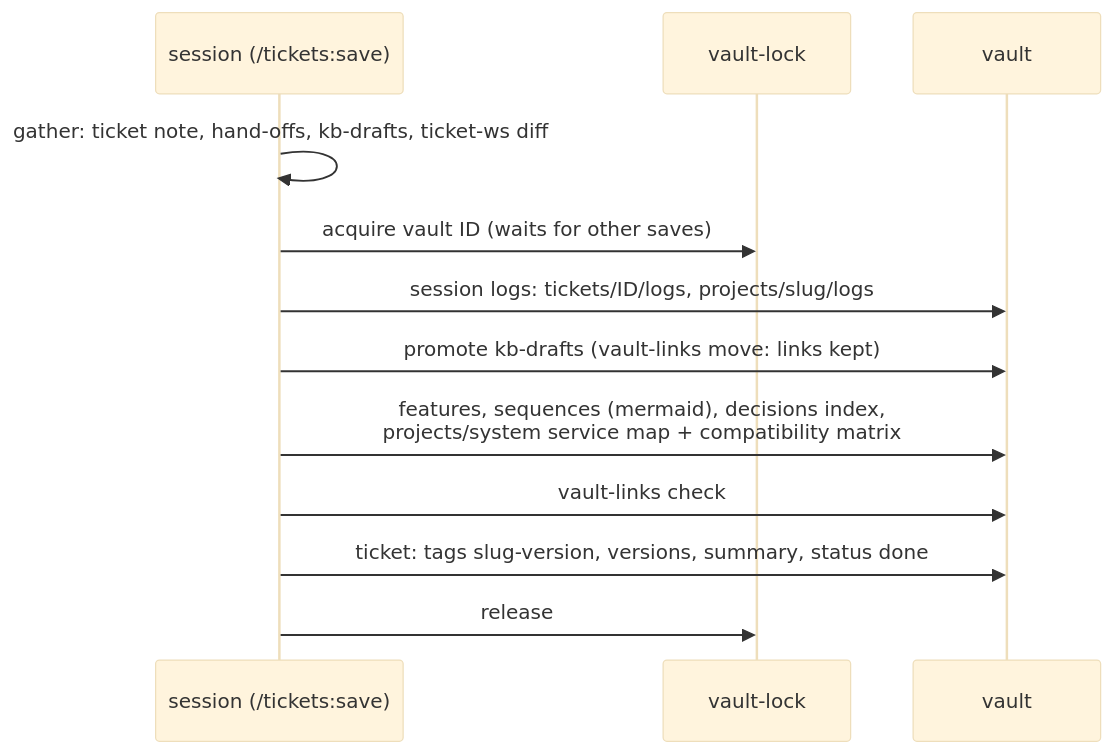
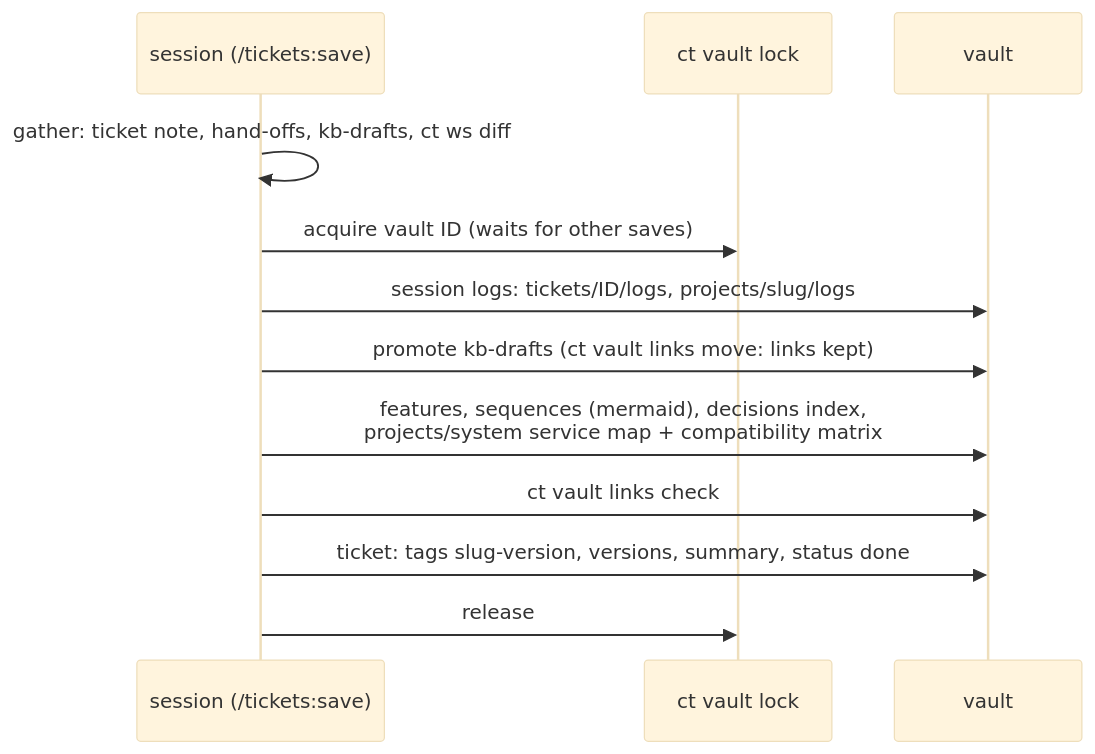
One commit to zero4573/claude-tickets changed the fourth of 6 diagrams in README.md. Above: the diagram before and after it, drawn with Mermaid (base theme). The commit also changed other lines of this file and 57 other files, not shown here.

````diff
--- a/README.md
+++ b/README.md
@@ -320,14 +337,14 @@
 ```mermaid
 sequenceDiagram
   participant S as session (/tickets:save)
-  participant L as vault-lock
+  participant L as ct vault lock
   participant V as vault
-  S->>S: gather: ticket note, hand-offs, kb-drafts, ticket-ws diff
+  S->>S: gather: ticket note, hand-offs, kb-drafts, ct ws diff
   S->>L: acquire vault ID (waits for other saves)
   S->>V: session logs: tickets/ID/logs, projects/slug/logs
-  S->>V: promote kb-drafts (vault-links move: links kept)
+  S->>V: promote kb-drafts (ct vault links move: links kept)
   S->>V: features, sequences (mermaid), decisions index,<br/>projects/system service map + compatibility matrix
-  S->>V: vault-links check
+  S->>V: ct vault links check
   S->>V: ticket: tags slug-version, versions, summary, status done
   S->>L: release
 ```
````
